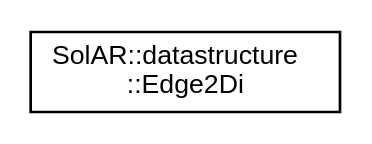
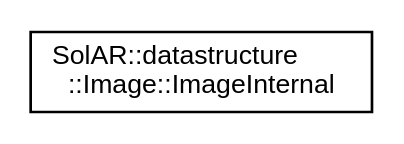
One commit to SolarFramework/solarframework.github.io changed the diagram in api_documentation/inherit_graph_17.dot. Above: the diagram before and after it, drawn with Graphviz. The commit also changed 84 other files, not shown here.

```diff
--- a/api_documentation/inherit_graph_17.dot
+++ b/api_documentation/inherit_graph_17.dot
@@ -1,7 +1,7 @@
 digraph "Graphical Class Hierarchy"
 {
   edge [fontname="Helvetica",fontsize="10",labelfontname="Helvetica",labelfontsize="10"];
   node [fontname="Helvetica",fontsize="10",shape=record];
   rankdir="LR";
-  Node0 [label="SolAR::datastructure\l::Edge2Di",height=0.2,width=0.4,color="black", fillcolor="white", style="filled",URL="$class_sol_a_r_1_1datastructure_1_1_edge2_di.html",tooltip="A 2D edge with coordinates defined with integers. "];
+  Node0 [label="SolAR::datastructure\l::Image::ImageInternal",height=0.2,width=0.4,color="black", fillcolor="white", style="filled",URL="$class_sol_a_r_1_1datastructure_1_1_image_1_1_image_internal.html",tooltip="A 2D image buffer.. "];
 }
```
